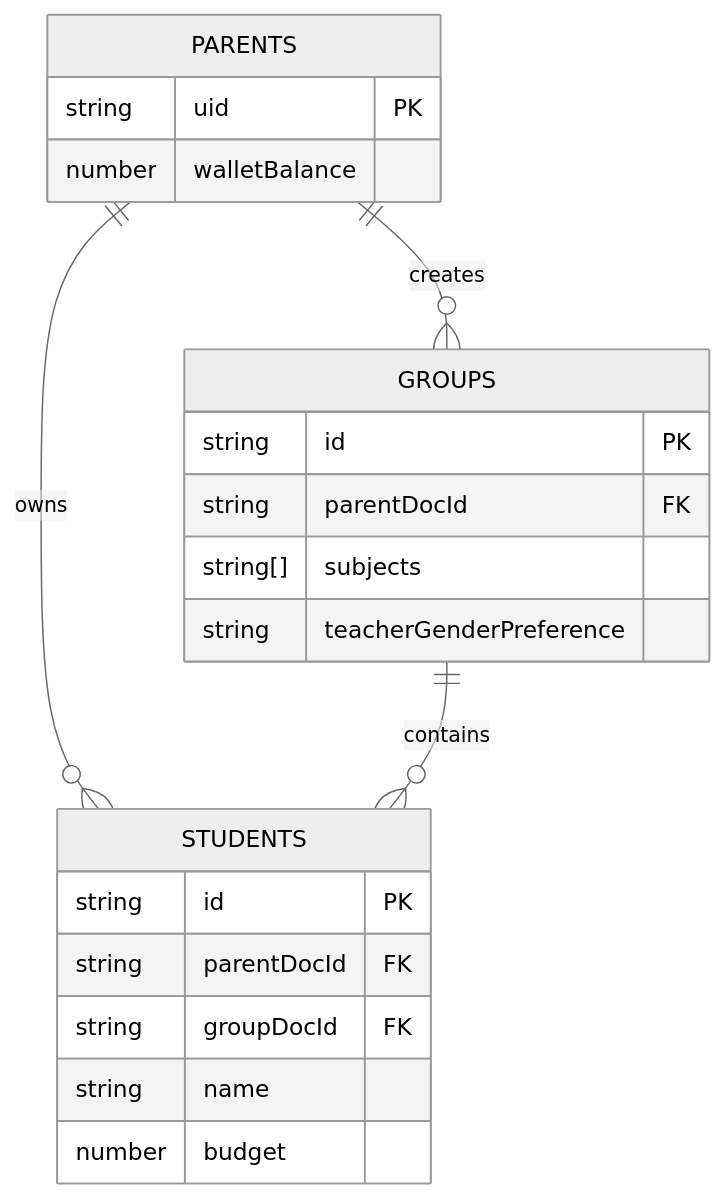
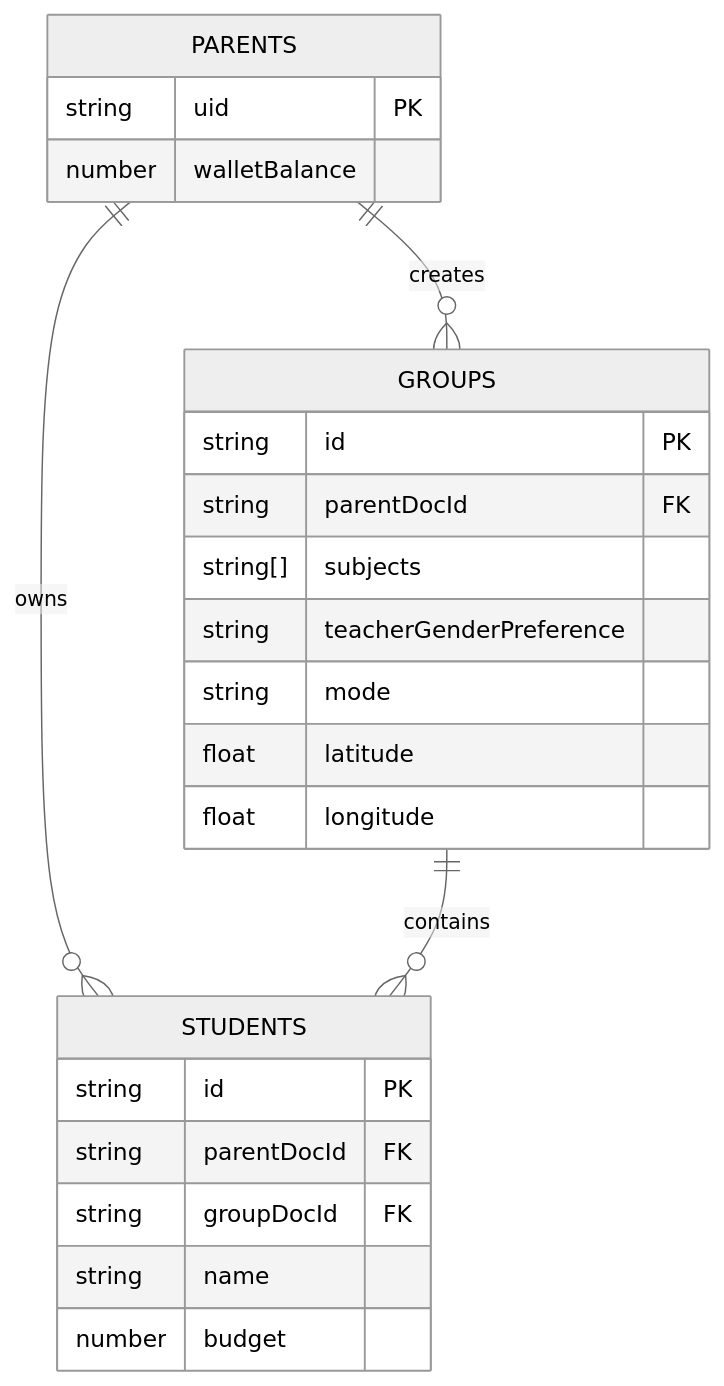
The first of 2 diagrams in docs/Student_Grouping_Architecture.md (Nikhil4002-50-82/Mi-Tutora), drawn with Mermaid (neutral theme) before and after one commit. The commit also changed other lines of this file and 14 other files, not shown here.

````diff
--- a/docs/Student_Grouping_Architecture.md
+++ b/docs/Student_Grouping_Architecture.md
@@ -72,26 +72,29 @@
 ```mermaid
 erDiagram
     PARENTS ||--o{ STUDENTS : owns
     PARENTS ||--o{ GROUPS : creates
     GROUPS ||--o{ STUDENTS : contains
     
     PARENTS {
         string uid PK
         number walletBalance
     }
     
     GROUPS {
         string id PK
         string parentDocId FK
         string[] subjects
         string teacherGenderPreference
+        string mode
+        float latitude
+        float longitude
     }
     
     STUDENTS {
         string id PK
         string parentDocId FK
         string groupDocId FK
         string name
         number budget
     }
 ```
````
